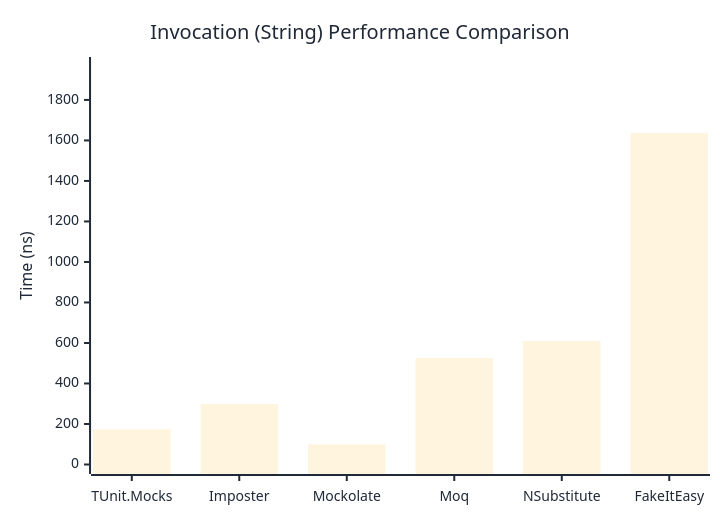
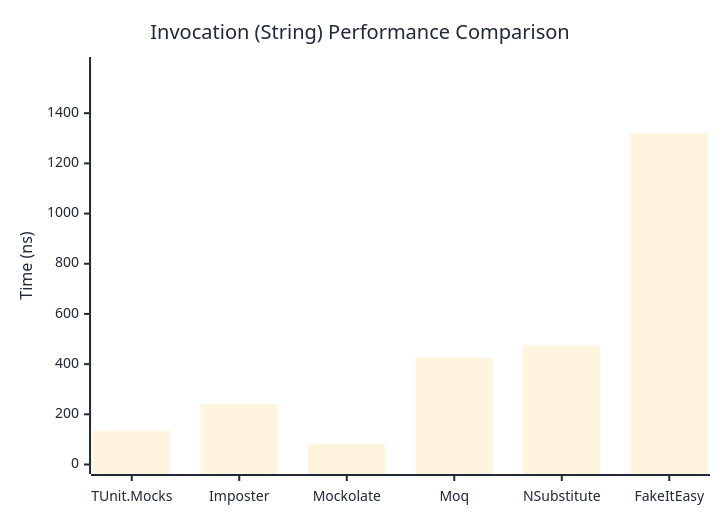
One commit to thomhurst/TUnit changed the second of 3 diagrams in docs/docs/benchmarks/mocks/Invocation.md. Above: the diagram before and after it, drawn with Mermaid. The commit also changed other lines of this file and 14 other files, not shown here.

````diff
--- a/docs/docs/benchmarks/mocks/Invocation.md
+++ b/docs/docs/benchmarks/mocks/Invocation.md
@@ -71,27 +71,27 @@
 ```mermaid
 %%{init: {
   'theme':'base',
   'themeVariables': {
     'primaryColor': '#2563eb',
     'primaryTextColor': '#1f2937',
     'primaryBorderColor': '#1e40af',
     'lineColor': '#6b7280',
     'secondaryColor': '#7c3aed',
     'tertiaryColor': '#dc2626',
     'background': '#ffffff',
     'pie1': '#2563eb',
     'pie2': '#7c3aed',
     'pie3': '#dc2626',
     'pie4': '#f59e0b',
     'pie5': '#10b981',
     'pie6': '#06b6d4',
     'pie7': '#ec4899',
     'pie8': '#6366f1'
   }
 }}%%
 xychart-beta
   title "Invocation (String) Performance Comparison"
   x-axis ["TUnit.Mocks", "Imposter", "Mockolate", "Moq", "NSubstitute", "FakeItEasy"]
-  y-axis "Time (ns)" 0 --> 1965
-  bar [173.91, 298.33, 98.9, 525.99, 610.15, 1637.09]
+  y-axis "Time (ns)" 0 --> 1586
+  bar [134.65, 241.29, 83.27, 425.75, 474.66, 1321.39]
 ```
````
